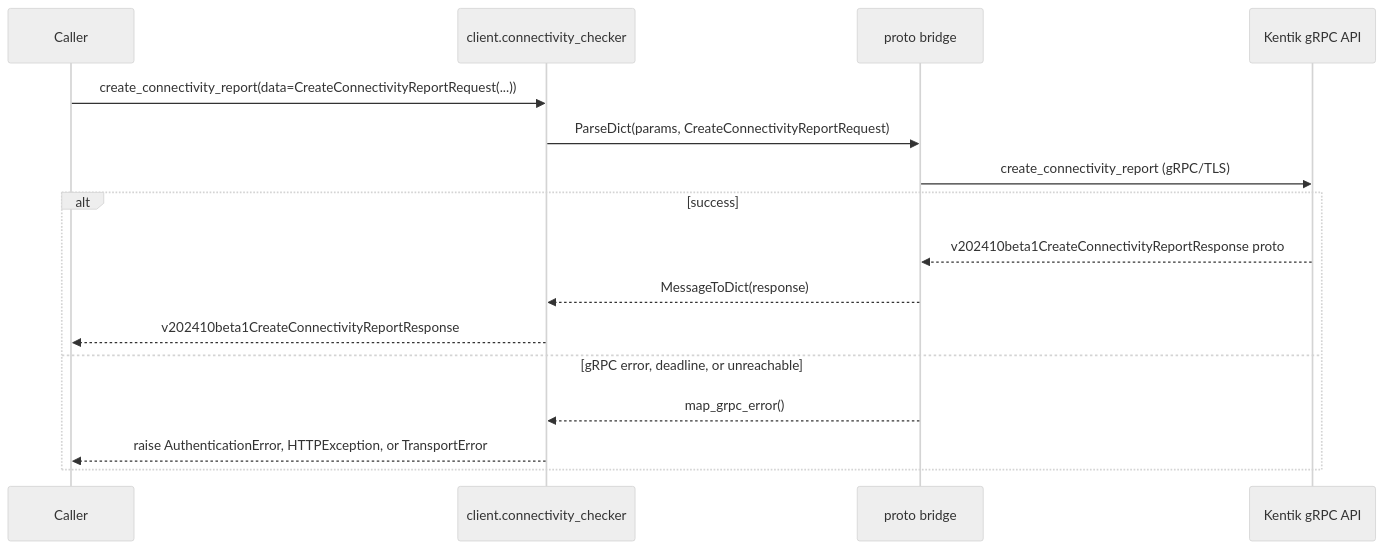
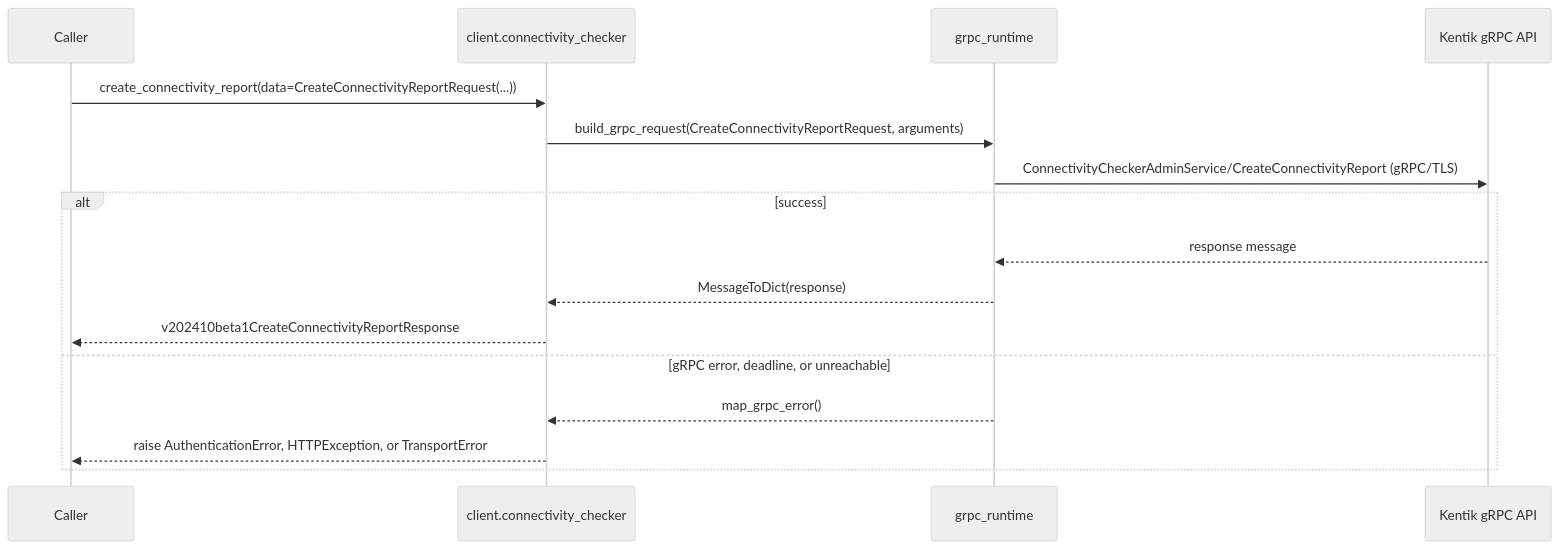
Before and after one commit to alexdearaujo/community_sdk_python: the third of 4 diagrams in docs/sphinx/services/connectivity_checker.md, drawn with Mermaid (neutral theme). The commit also changed 37 other files, not shown here.

First line of the commit message:
docs: show the real RPC in each service page's gRPC diagram

````diff
--- a/docs/sphinx/services/connectivity_checker.md
+++ b/docs/sphinx/services/connectivity_checker.md
@@ -59,19 +59,19 @@
 ```mermaid
 sequenceDiagram
     participant C as Caller
     participant W as client.connectivity_checker
-    participant B as proto bridge
+    participant R as grpc_runtime
     participant API as Kentik gRPC API
 
     C->>W: create_connectivity_report(data=CreateConnectivityReportRequest(...))
-    W->>B: ParseDict(params, CreateConnectivityReportRequest)
-    B->>API: create_connectivity_report (gRPC/TLS)
+    W->>R: build_grpc_request(CreateConnectivityReportRequest, arguments)
+    R->>API: ConnectivityCheckerAdminService/CreateConnectivityReport (gRPC/TLS)
     alt success
-        API-->>B: v202410beta1CreateConnectivityReportResponse proto
-        B-->>W: MessageToDict(response)
+        API-->>R: response message
+        R-->>W: MessageToDict(response)
         W-->>C: v202410beta1CreateConnectivityReportResponse
     else gRPC error, deadline, or unreachable
-        B-->>W: map_grpc_error()
+        R-->>W: map_grpc_error()
         W-->>C: raise AuthenticationError, HTTPException, or TransportError
     end
 ```
````
